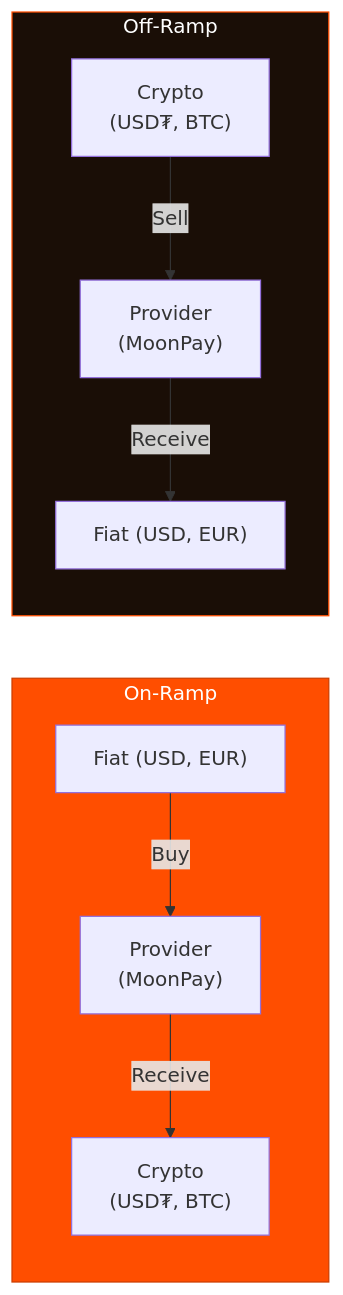
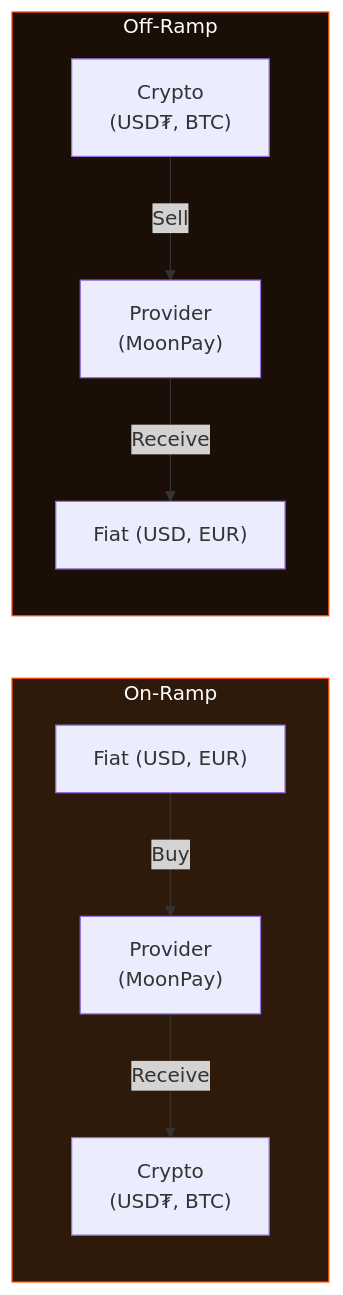
The diagram in sdk/fiat-modules/README.md (gatteo/wdk-docs), drawn with Mermaid before and after one commit. The commit also changed 16 other files, not shown here.

Commit message:
docs: replace all primary orange backgrounds with dark tones in diagrams

````diff
--- a/sdk/fiat-modules/README.md
+++ b/sdk/fiat-modules/README.md
@@ -23,13 +23,13 @@
 ```mermaid
 flowchart LR
     subgraph OnRamp["On-Ramp"]
         F1["Fiat (USD, EUR)"] -->|"Buy"| P1["Provider\n(MoonPay)"] -->|"Receive"| C1["Crypto\n(USD₮, BTC)"]
     end
 
     subgraph OffRamp["Off-Ramp"]
         C2["Crypto\n(USD₮, BTC)"] -->|"Sell"| P2["Provider\n(MoonPay)"] -->|"Receive"| F2["Fiat (USD, EUR)"]
     end
 
-    style OnRamp fill:#FF4E00,stroke:#cc3e00,color:#fff
+    style OnRamp fill:#2d1a0a,stroke:#FF4E00,color:#fff
     style OffRamp fill:#1a0e06,stroke:#FF4E00,color:#fff
 ```
````
